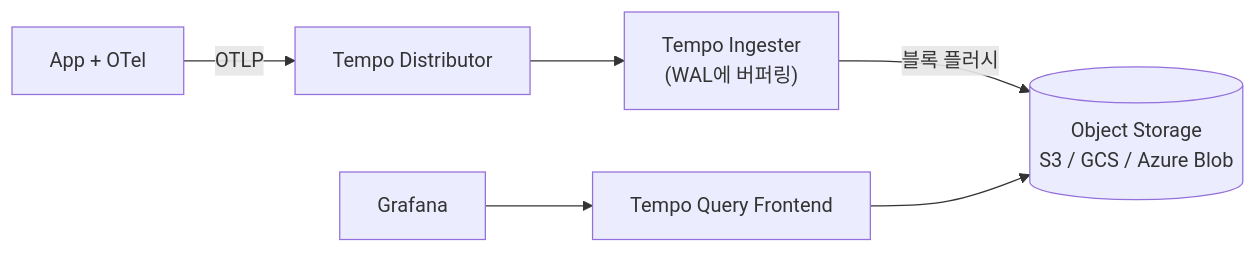
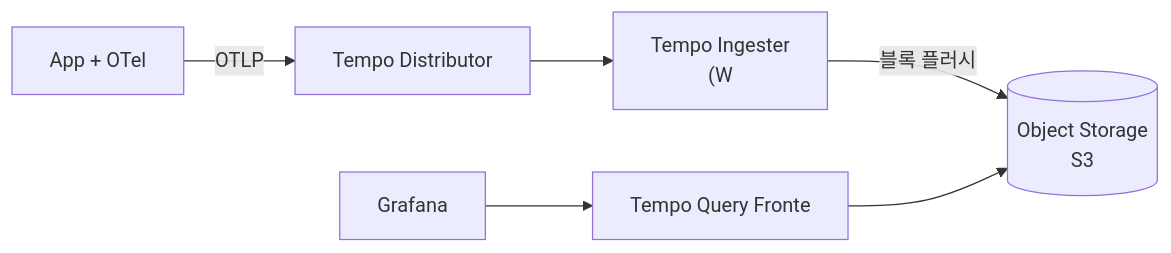
The fifth of 7 diagrams in _posts/monitoring/2026-05-03-distributed-tracing.md (yjkim2015/yjkim2015.github.io), drawn with Mermaid before and after one commit. The commit also changed other lines of this file and 271 other files, not shown here.

First line of the commit message:
Mermaid 라벨 축소: 긴 노드 텍스트 18자 이하로 트림 + \n 제거

````diff
--- a/_posts/monitoring/2026-05-03-distributed-tracing.md
+++ b/_posts/monitoring/2026-05-03-distributed-tracing.md
@@ -227,8 +227,8 @@
 ```mermaid
 graph LR
     APP["App + OTel"] -->|"OTLP"| DIST["Tempo Distributor"]
-    DIST --> ING["Tempo Ingester\n(WAL에 버퍼링)"]
-    ING -->|"블록 플러시"| S3[("Object Storage\nS3 / GCS / Azure Blob")]
-    QUERY["Tempo Query Frontend"] --> S3
+    DIST --> ING["Tempo Ingester\n(W"]
+    ING -->|"블록 플러시"| S3[("Object Storage\nS3")]
+    QUERY["Tempo Query Fronte"] --> S3
     GRAFANA["Grafana"] --> QUERY
 ```
````
